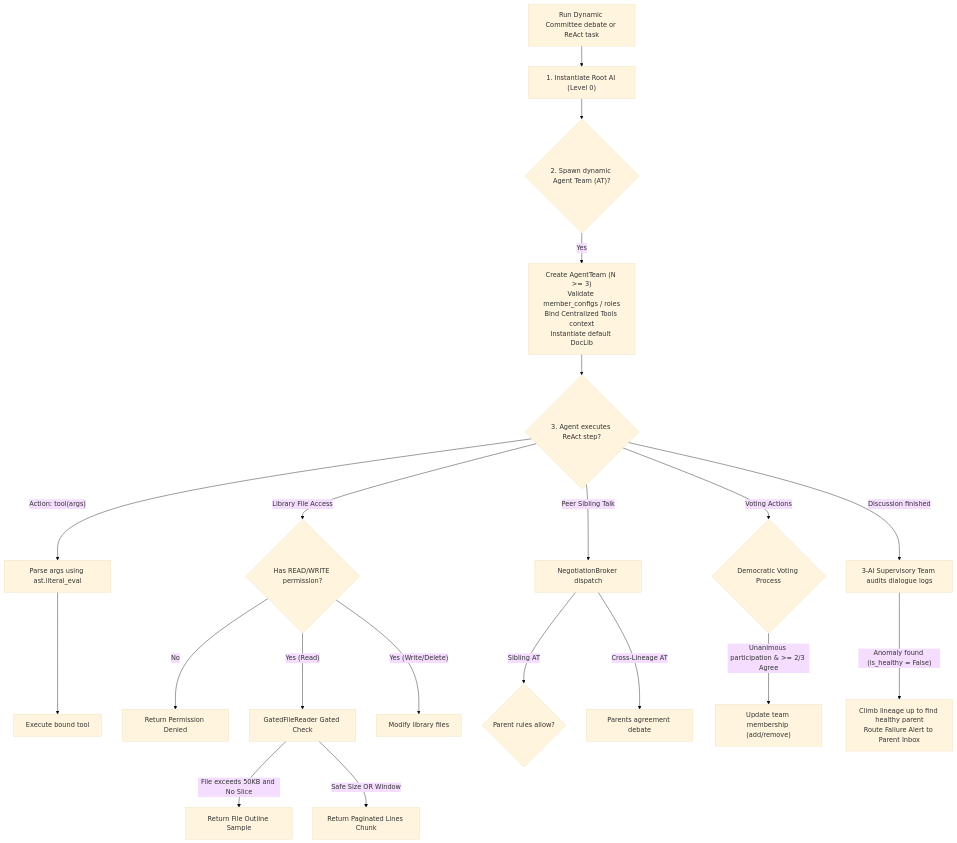
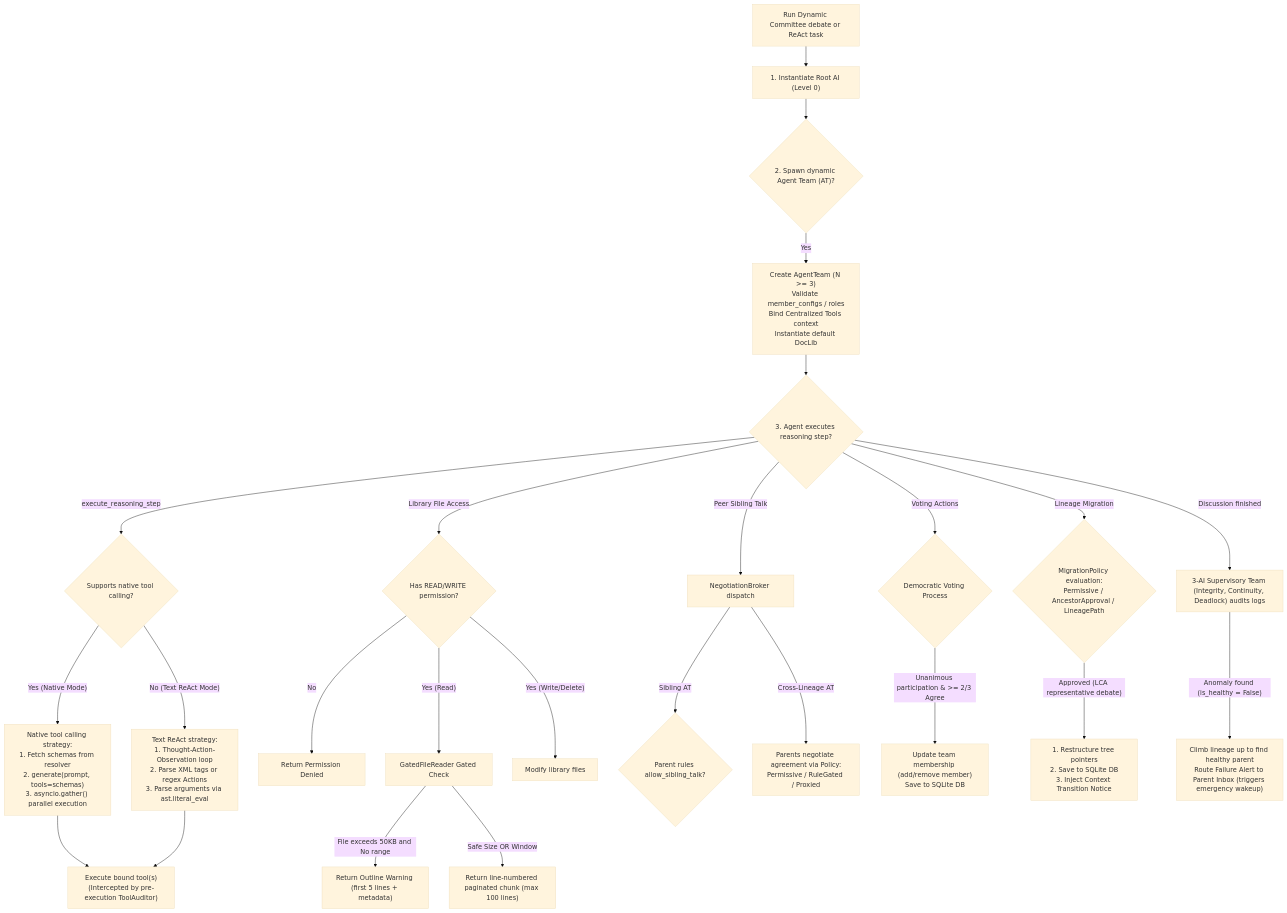
Before and after one commit to AI-Team-Team/AI-Team-Team: the diagram in docs/flowcharts/README.md, drawn with Mermaid (base theme). The commit also changed 23 other files, not shown here.

````diff
--- a/docs/flowcharts/README.md
+++ b/docs/flowcharts/README.md
@@ -24,30 +24,38 @@
 ```mermaid
 flowchart TD
     Task["Run Dynamic Committee debate or ReAct task"] --> RootNode["1. Instantiate Root AI (Level 0)"]
     
     RootNode --> Spawning{"2. Spawn dynamic Agent Team (AT)?"}
     Spawning -- "Yes" --> SpawningCheck["Create AgentTeam (N >= 3)\nValidate member_configs / roles\nBind Centralized Tools context\nInstantiate default DocLib"]
     
-    SpawningCheck --> ToolCall{"3. Agent executes ReAct step?"}
+    SpawningCheck --> ToolCall{"3. Agent executes reasoning step?"}
     
-    ToolCall -- "Action: tool(args)" --> SafeParser["Parse args using ast.literal_eval"]
-    SafeParser --> ExecTool["Execute bound tool"]
+    ToolCall -- "execute_reasoning_step" --> StrategyCheck{"Supports native tool calling?"}
+    
+    StrategyCheck -- "Yes (Native Mode)" --> NativeStrategy["Native tool calling strategy:<br/>1. Fetch schemas from resolver<br/>2. generate(prompt, tools=schemas)<br/>3. asyncio.gather() parallel execution"]
+    StrategyCheck -- "No (Text ReAct Mode)" --> TextReAct["Text ReAct strategy:<br/>1. Thought-Action-Observation loop<br/>2. Parse XML tags or regex Actions<br/>3. Parse arguments via ast.literal_eval"]
+    
+    NativeStrategy --> ExecTool["Execute bound tool(s)<br/>(Intercepted by pre-execution ToolAuditor)"]
+    TextReAct --> ExecTool
     
     ToolCall -- "Library File Access" --> DocLibPermission{"Has READ/WRITE permission?"}
     DocLibPermission -- "No" --> Denied["Return Permission Denied"]
     DocLibPermission -- "Yes (Read)" --> GatedFileReader["GatedFileReader Gated Check"]
     DocLibPermission -- "Yes (Write/Delete)" --> ExecDoc["Modify library files"]
     
-    GatedFileReader -- "File exceeds 50KB and No Slice" --> Outline["Return File Outline Sample"]
-    GatedFileReader -- "Safe Size OR Window" --> Chunk["Return Paginated Lines Chunk"]
+    GatedFileReader -- "File exceeds 50KB and No range" --> Outline["Return Outline Warning (first 5 lines + metadata)"]
+    GatedFileReader -- "Safe Size OR Window" --> Chunk["Return line-numbered paginated chunk (max 100 lines)"]
     
     ToolCall -- "Peer Sibling Talk" --> NegotiationBroker["NegotiationBroker dispatch"]
-    NegotiationBroker -- "Sibling AT" --> SiblingRule{"Parent rules allow?"}
-    NegotiationBroker -- "Cross-Lineage AT" --> ParentNegotiate["Parents agreement debate"]
+    NegotiationBroker -- "Sibling AT" --> SiblingRule{"Parent rules allow_sibling_talk?"}
+    NegotiationBroker -- "Cross-Lineage AT" --> ParentNegotiate["Parents negotiate agreement via Policy:<br/>Permissive / RuleGated / Proxied"]
     
     ToolCall -- "Voting Actions" --> Voting{"Democratic Voting Process"}
-    Voting -- "Unanimous participation & >= 2/3 Agree" --> ExecVote["Update team membership (add/remove)"]
+    Voting -- "Unanimous participation & >= 2/3 Agree" --> ExecVote["Update team membership (add/remove member)<br/>Save to SQLite DB"]
     
-    ToolCall -- "Discussion finished" --> SupervisoryTeam["3-AI Supervisory Team audits dialogue logs"]
-    SupervisoryTeam -- "Anomaly found (is_healthy = False)" --> Escalate["Climb lineage up to find healthy parent\nRoute Failure Alert to Parent Inbox"]
+    ToolCall -- "Lineage Migration" --> MigrationCheck{"MigrationPolicy evaluation:<br/>Permissive / AncestorApproval / LineagePath"}
+    MigrationCheck -- "Approved (LCA representative debate)" --> MigrationExec["1. Restructure tree pointers<br/>2. Save to SQLite DB<br/>3. Inject Context Transition Notice"]
+    
+    ToolCall -- "Discussion finished" --> SupervisoryTeam["3-AI Supervisory Team (Integrity, Continuity, Deadlock) audits logs"]
+    SupervisoryTeam -- "Anomaly found (is_healthy = False)" --> Escalate["Climb lineage up to find healthy parent<br/>Route Failure Alert to Parent Inbox (triggers emergency wakeup)"]
 ```
````
